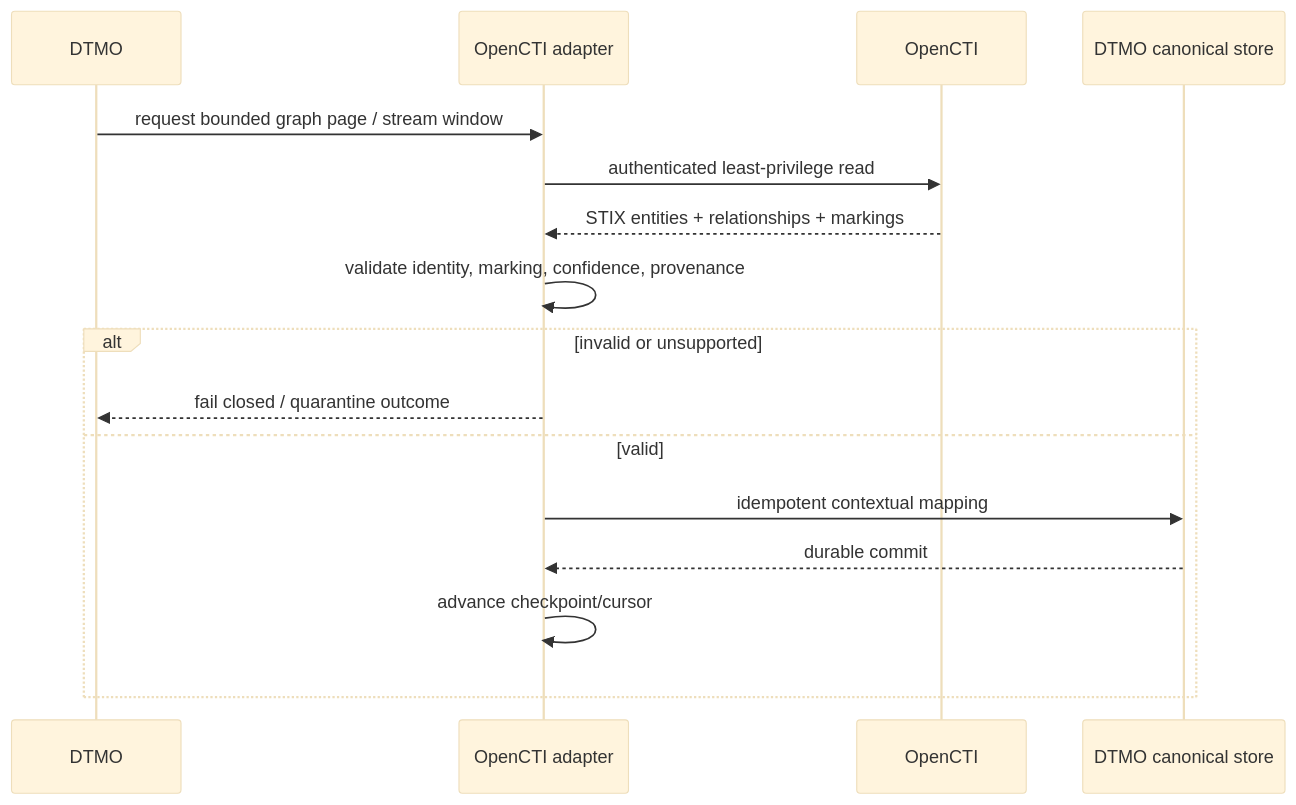
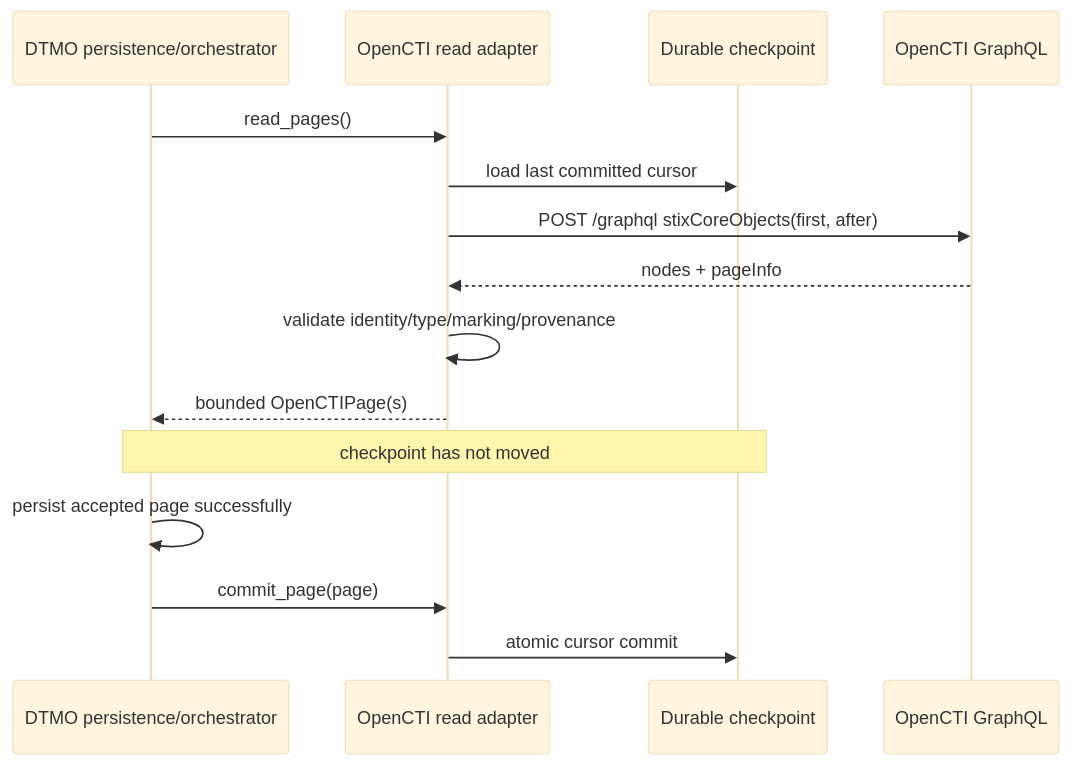
Before and after one commit to GJvManen/dtmo: the diagram in docs/integrations/OPENCTI_INTEGRATION.md, drawn with Mermaid (base theme). The commit also changed other lines of this file, not shown here.

Commit message:
Phase 11.4: document read-only OpenCTI adapter

````diff
--- a/docs/integrations/OPENCTI_INTEGRATION.md
+++ b/docs/integrations/OPENCTI_INTEGRATION.md
@@ -58,19 +31,18 @@
 ```mermaid
 sequenceDiagram
-    participant D as DTMO
-    participant A as OpenCTI adapter
-    participant O as OpenCTI
-    participant P as DTMO canonical store
+    participant P as DTMO persistence/orchestrator
+    participant A as OpenCTI read adapter
+    participant C as Durable checkpoint
+    participant O as OpenCTI GraphQL
 
-    D->>A: request bounded graph page / stream window
-    A->>O: authenticated least-privilege read
-    O-->>A: STIX entities + relationships + markings
-    A->>A: validate identity, marking, confidence, provenance
-    alt invalid or unsupported
-        A-->>D: fail closed / quarantine outcome
-    else valid
-        A->>P: idempotent contextual mapping
-        P-->>A: durable commit
-        A->>A: advance checkpoint/cursor
-    end
+    P->>A: read_pages()
+    A->>C: load last committed cursor
+    A->>O: POST /graphql stixCoreObjects(first, after)
+    O-->>A: nodes + pageInfo
+    A->>A: validate identity/type/marking/provenance
+    A-->>P: bounded OpenCTIPage(s)
+    Note over P,C: checkpoint has not moved
+    P->>P: persist accepted page successfully
+    P->>A: commit_page(page)
+    A->>C: atomic cursor commit
 ```
````
